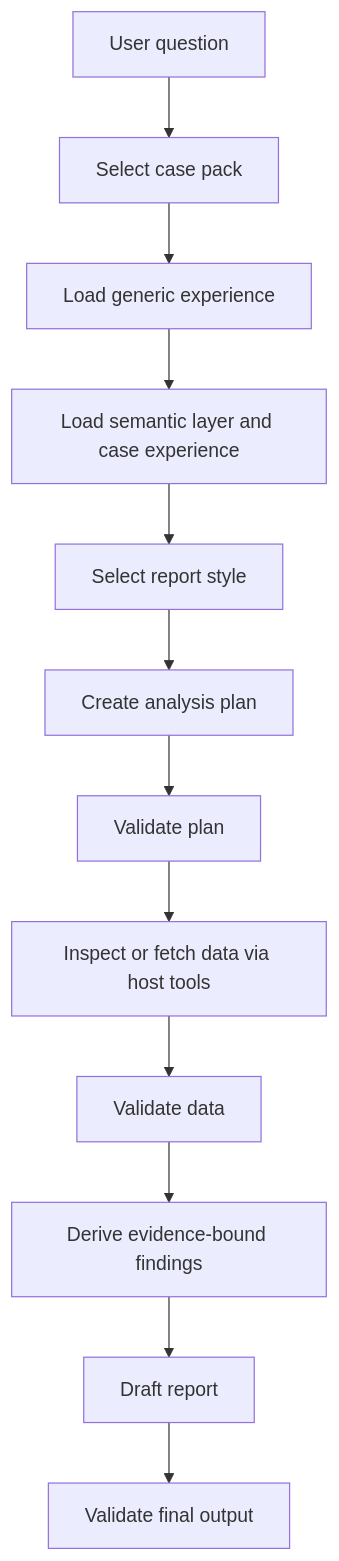
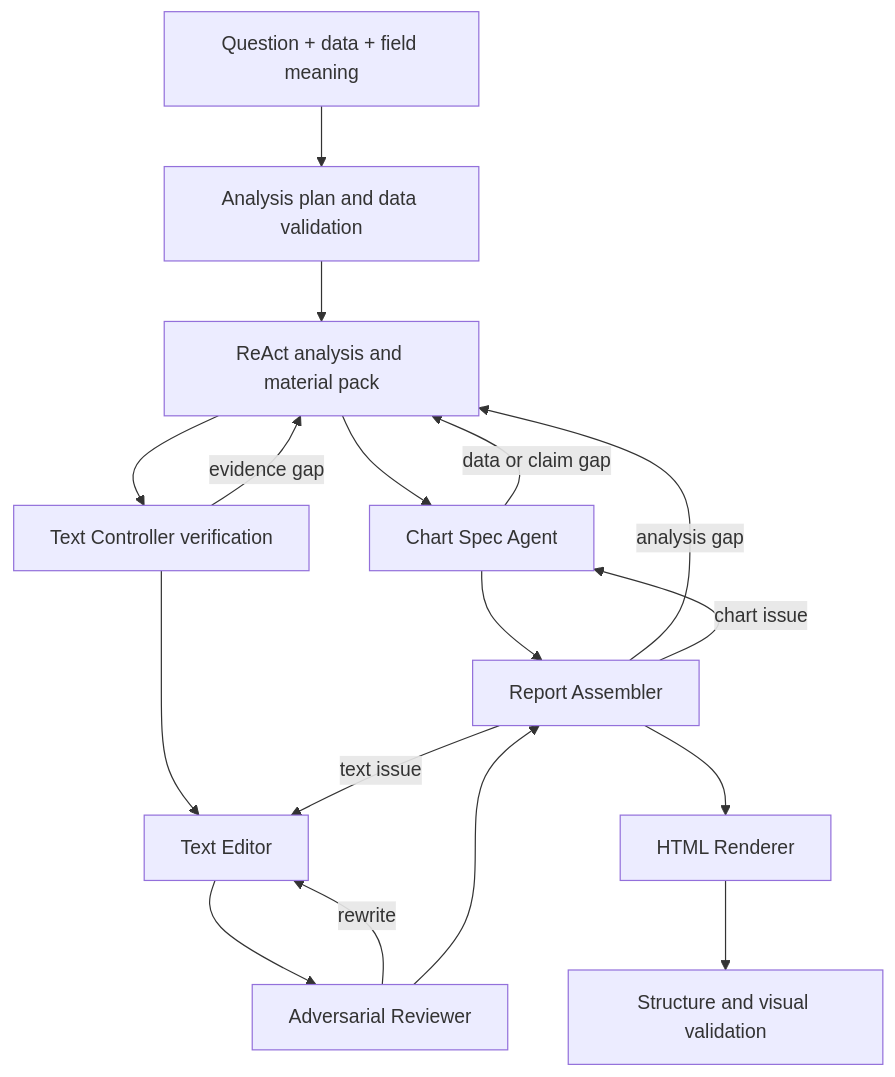
One commit to bzwh321/data-analysis-report-agent changed the diagram in docs/architecture.md. Above: the diagram before and after it, drawn with Mermaid. The commit also changed other lines of this file and 94 other files, not shown here.

Commit message:
feat: rebuild modular HTML report agent workflow

````diff
--- a/docs/architecture.md
+++ b/docs/architecture.md
@@ -24,14 +25,19 @@
 ```mermaid
 flowchart TD
-  A["User question"] --> B["Select case pack"]
-  B --> C["Load generic experience"]
-  C --> D["Load semantic layer and case experience"]
-  D --> E["Select report style"]
-  E --> F["Create analysis plan"]
-  F --> G["Validate plan"]
-  G --> H["Inspect or fetch data via host tools"]
-  H --> I["Validate data"]
-  I --> J["Derive evidence-bound findings"]
-  J --> K["Draft report"]
-  K --> L["Validate final output"]
+  A["Question + data + field meaning"] --> B["Analysis plan and data validation"]
+  B --> C["ReAct analysis and material pack"]
+  C --> D["Chart Spec Agent"]
+  C --> E["Text Controller verification"]
+  D -->|"data or claim gap"| C
+  E -->|"evidence gap"| C
+  E --> F["Text Editor"]
+  F --> G["Adversarial Reviewer"]
+  G -->|"rewrite"| F
+  D --> H["Report Assembler"]
+  G --> H
+  H -->|"analysis gap"| C
+  H -->|"chart issue"| D
+  H -->|"text issue"| F
+  H --> I["HTML Renderer"]
+  I --> J["Structure and visual validation"]
 ```
````
